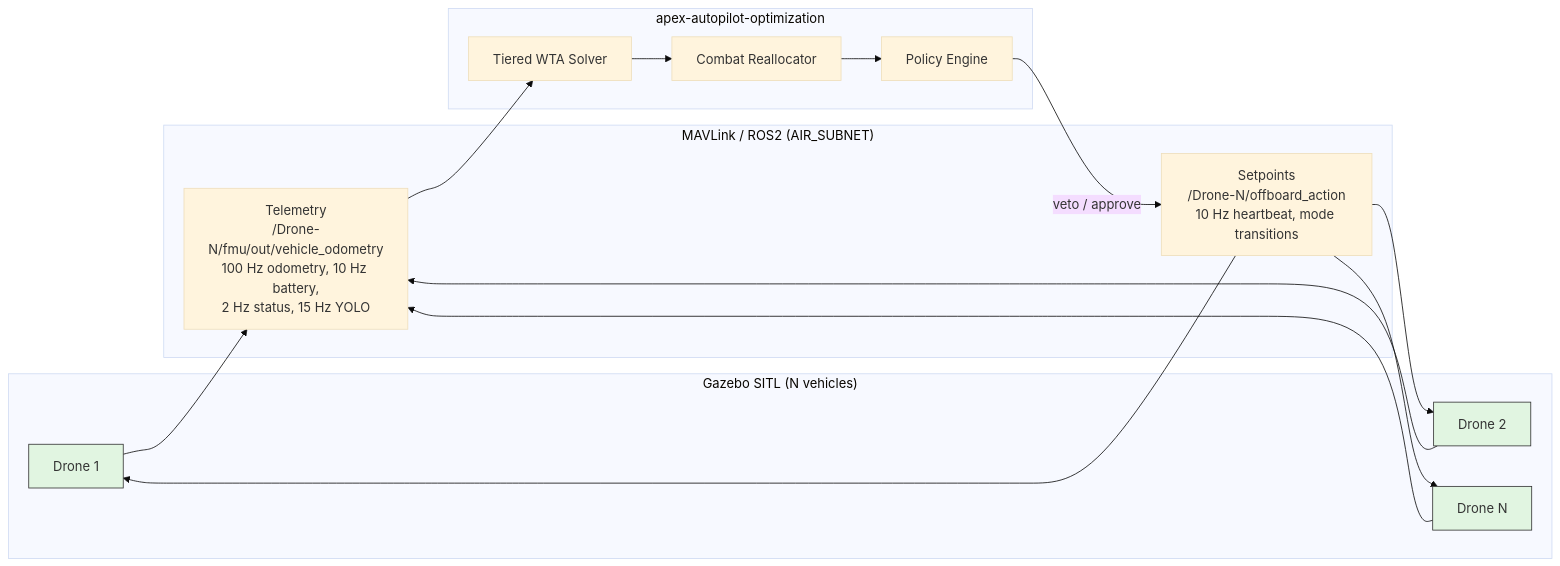
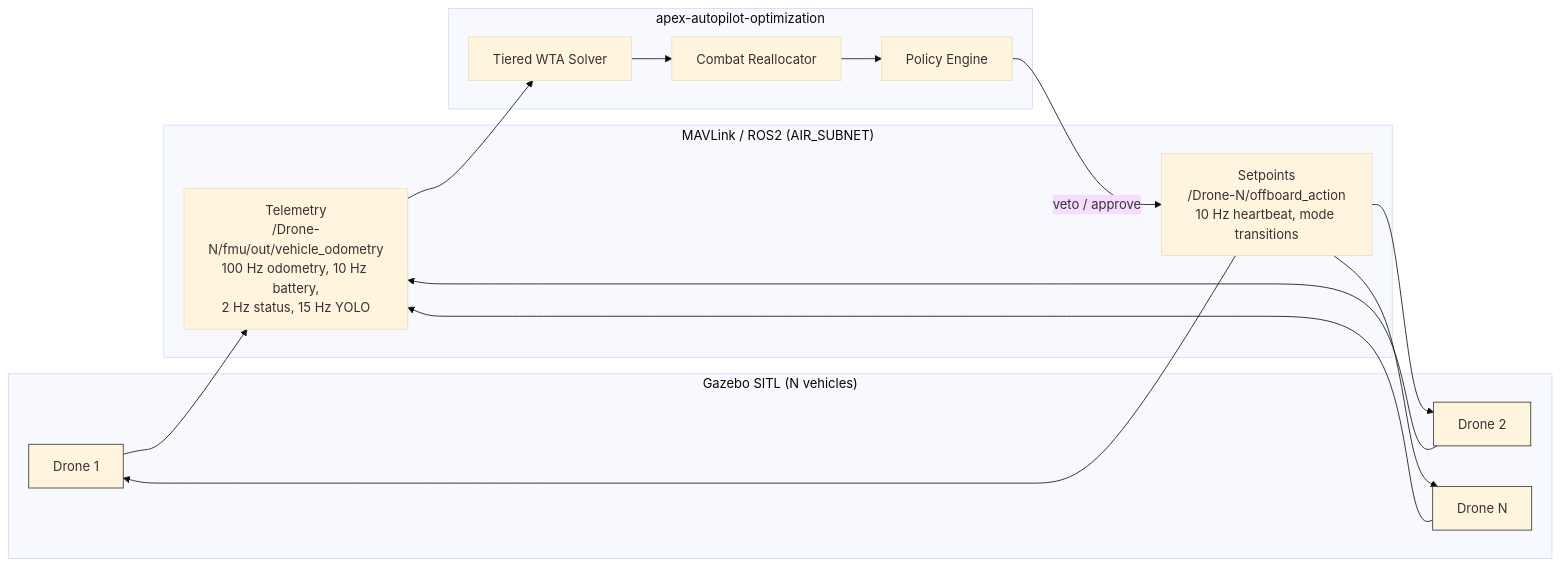
Before and after one commit to AAH20/apex-autopilot-optimization: the second of 3 diagrams in README.md, drawn with Mermaid (base theme). The commit also changed other lines of this file and 3 other files, not shown here.

First line of the commit message:
fix(docs): remove fill colors from mermaid diagram containers

````diff
--- a/README.md
+++ b/README.md
@@ -93,32 +93,32 @@
 ```mermaid
 flowchart LR
     subgraph Gazebo ["Gazebo SITL (N vehicles)"]
         G1[Drone 1]:::drone
         G2[Drone 2]:::drone
         GN[Drone N]:::drone
     end
 
     subgraph MAVLink ["MAVLink / ROS2 (AIR_SUBNET)"]
         T[Telemetry<br/>/Drone-N/fmu/out/vehicle_odometry<br/>100 Hz odometry, 10 Hz battery,<br/>2 Hz status, 15 Hz YOLO]
         S[Setpoints<br/>/Drone-N/offboard_action<br/>10 Hz heartbeat, mode transitions]
     end
 
     subgraph Apex ["apex-autopilot-optimization"]
         WTA[Tiered WTA Solver]
         COMBAT[Combat Reallocator]
         POLICY[Policy Engine]
     end
 
     G1 --> T
     G2 --> T
     GN --> T
     T --> WTA
     WTA --> COMBAT
     COMBAT --> POLICY
     POLICY -->|veto / approve| S
     S --> G1
     S --> G2
     S --> GN
 
-    classDef drone fill:#e1f5e1,stroke:#333;
+    classDef drone stroke:#333;
 ```
````
